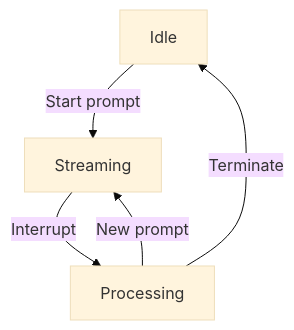
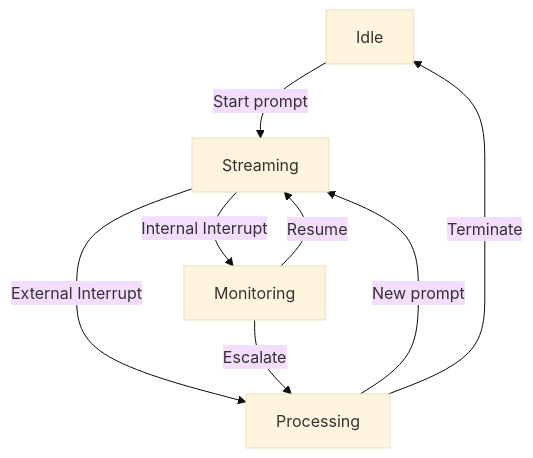
Before and after one commit to tisztamo/Meditator: the diagram in doc/architecture/llm-streams.md, drawn with Mermaid (base theme). The commit also changed other lines of this file and 5 other files, not shown here.

Commit message:
Document and refine interrupt mechanism architecture Claude 3.5 Sonnet

````diff
--- a/doc/architecture/llm-streams.md
+++ b/doc/architecture/llm-streams.md
@@ -5,7 +5,10 @@
 ```mermaid
 graph TD
   A[Idle] -->|Start prompt| B[Streaming]
-  B -->|Interrupt| C[Processing]
-  C -->|New prompt| B
-  C -->|Terminate| A
+  B -->|Internal Interrupt| C[Monitoring]
+  B -->|External Interrupt| D[Processing]
+  C -->|Resume| B
+  C -->|Escalate| D
+  D -->|New prompt| B
+  D -->|Terminate| A
 ```
````
